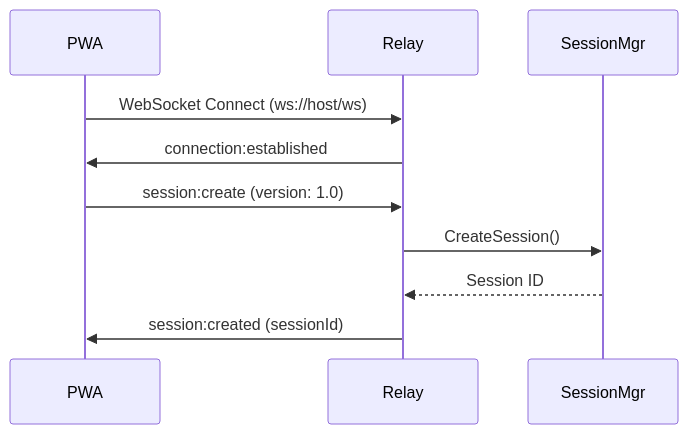
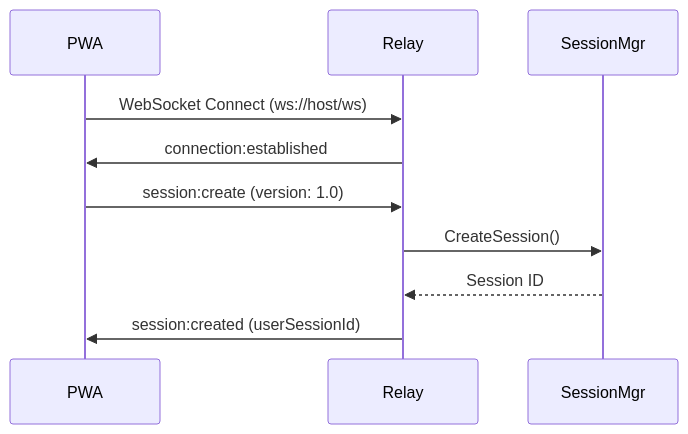
The second of 2 diagrams in docs/PWA.md (2389-research/ourocodus), drawn with Mermaid before and after one commit. The commit also changed other lines of this file and 17 other files, not shown here.

````diff
--- a/docs/PWA.md
+++ b/docs/PWA.md
@@ -76,13 +76,13 @@
 ```mermaid
 sequenceDiagram
     participant PWA
     participant Relay
     participant SessionMgr
 
     PWA->>Relay: WebSocket Connect (ws://host/ws)
     Relay->>PWA: connection:established
     PWA->>Relay: session:create (version: 1.0)
     Relay->>SessionMgr: CreateSession()
     SessionMgr-->>Relay: Session ID
-    Relay->>PWA: session:created (sessionId)
+    Relay->>PWA: session:created (userSessionId)
 ```
````
